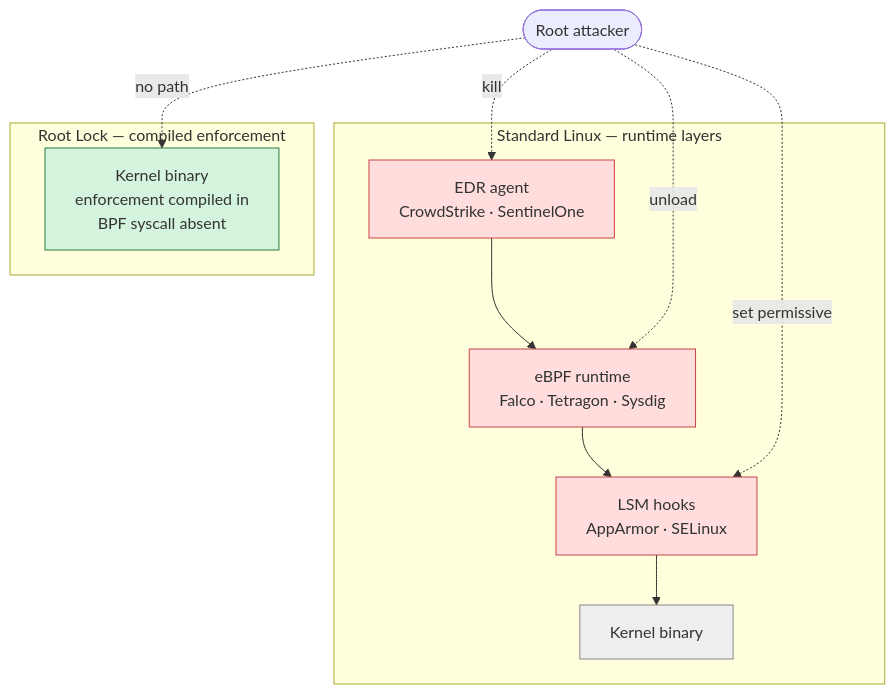
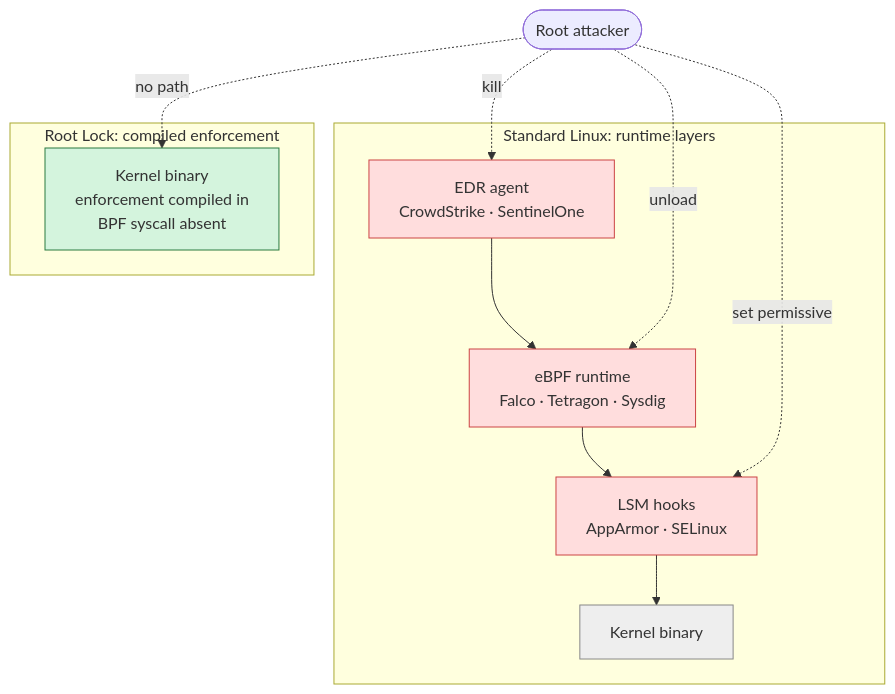
One commit to HeartSecuritySuite/heartsuite-docs changed the first of 2 diagrams in content/en/docs/introduction/how-it-compares/_index.md. Above: the diagram before and after it, drawn with Mermaid. The commit also changed other lines of this file, not shown here.

````diff
--- a/content/en/docs/introduction/how-it-compares/_index.md
+++ b/content/en/docs/introduction/how-it-compares/_index.md
@@ -29,27 +40,27 @@
 ```mermaid
 graph TB
     Root(["Root attacker"])
 
-    subgraph SL["Standard Linux — runtime layers"]
+    subgraph SL["Standard Linux: runtime layers"]
         EDR["EDR agent\nCrowdStrike · SentinelOne"]
         BPF["eBPF runtime\nFalco · Tetragon · Sysdig"]
         LSM["LSM hooks\nAppArmor · SELinux"]
         K["Kernel binary"]
         EDR --> BPF --> LSM --> K
     end
 
-    subgraph HS["Root Lock — compiled enforcement"]
+    subgraph HS["Root Lock: compiled enforcement"]
         HSK["Kernel binary\nenforcement compiled in\nBPF syscall absent"]
     end
 
     Root -."kill".-> EDR
     Root -."unload".-> BPF
     Root -."set permissive".-> LSM
     Root -."no path".-> HSK
 
     style EDR fill:#fdd,stroke:#c44
     style BPF fill:#fdd,stroke:#c44
     style LSM fill:#fdd,stroke:#c44
     style K fill:#eee,stroke:#888
     style HSK fill:#d4f4dd,stroke:#2a7a40
 ```
````
